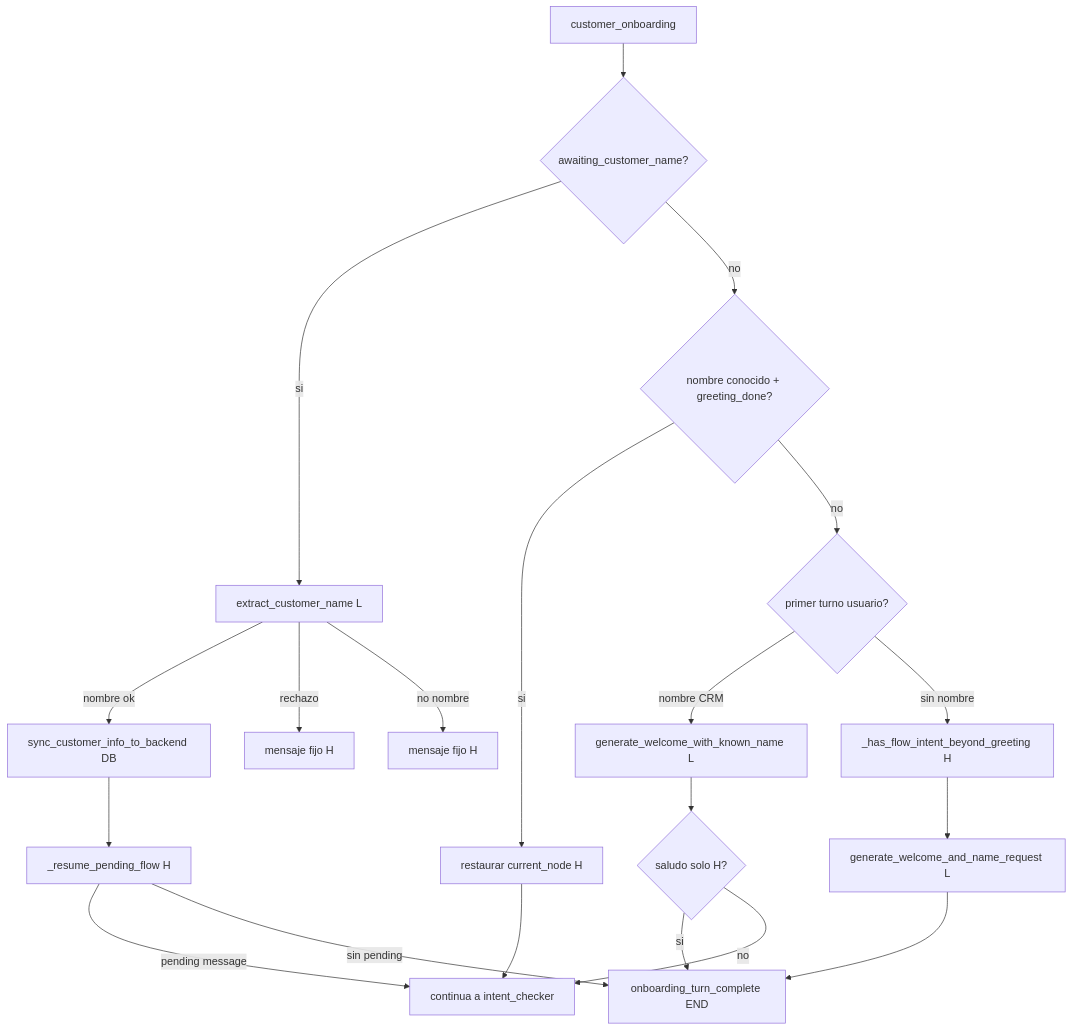
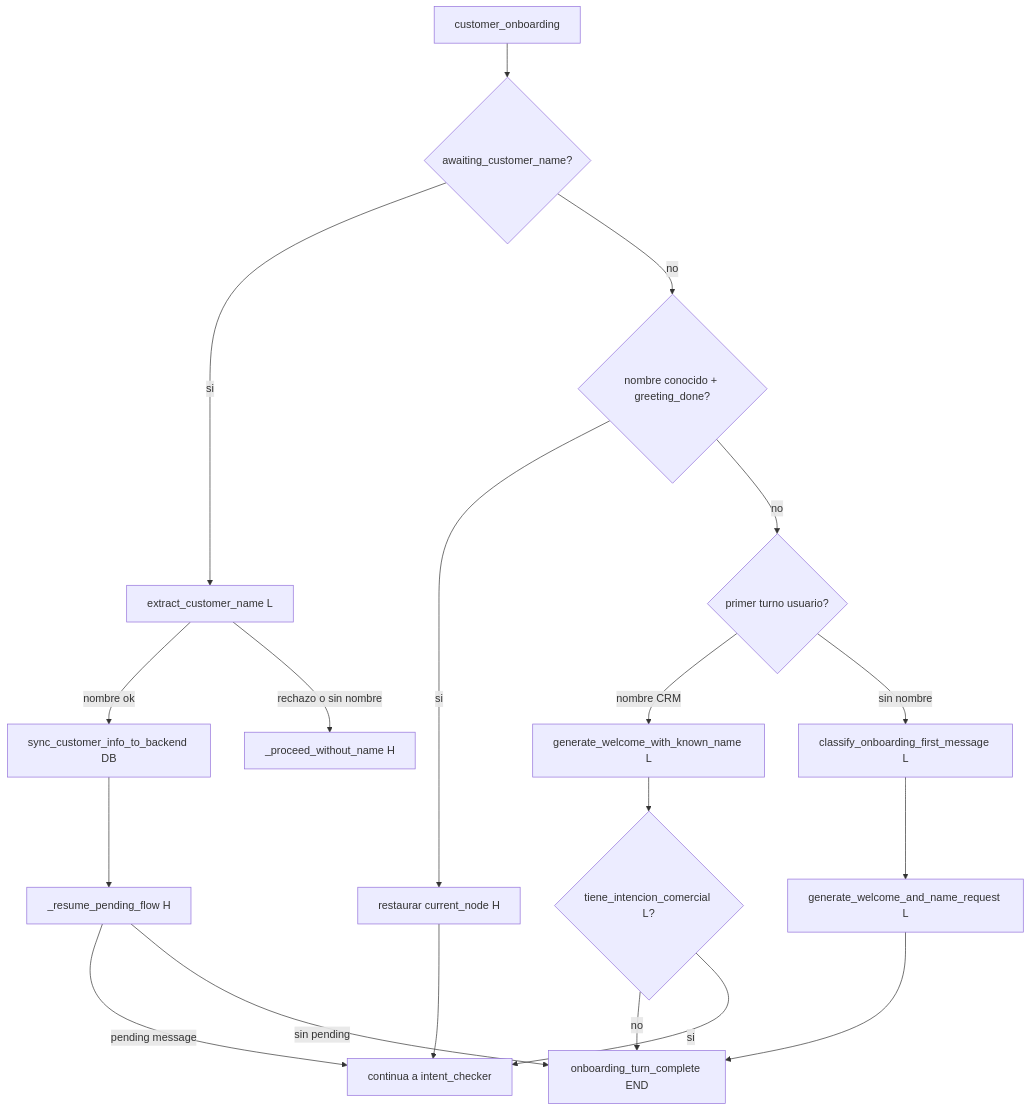
The third of 10 diagrams in bot/docs/flujo-completo.md (JoseManuelGdlO/car-advisor-bot), drawn with Mermaid before and after one commit. The commit also changed other lines of this file and 4 other files, not shown here.

````diff
--- a/bot/docs/flujo-completo.md
+++ b/bot/docs/flujo-completo.md
@@ -113,22 +113,21 @@
 ```mermaid
 flowchart TD
     entry[customer_onboarding] --> awaiting{awaiting_customer_name?}
     awaiting -->|si| extractName["extract_customer_name L"]
     extractName -->|nombre ok| syncDB["sync_customer_info_to_backend DB"]
     syncDB --> resume["_resume_pending_flow H"]
-    extractName -->|rechazo| ackRefuse["mensaje fijo H"]
-    extractName -->|no nombre| reask["mensaje fijo H"]
+    extractName -->|rechazo o sin nombre| proceedWithoutName["_proceed_without_name H"]
     awaiting -->|no| knownName{nombre conocido + greeting_done?}
     knownName -->|si| passthrough["restaurar current_node H"]
     knownName -->|no| firstTurn{primer turno usuario?}
     firstTurn -->|nombre CRM| welcomeKnown["generate_welcome_with_known_name L"]
-    firstTurn -->|sin nombre| savePending["_has_flow_intent_beyond_greeting H"]
+    firstTurn -->|sin nombre| savePending["classify_onboarding_first_message L"]
     savePending --> welcomeAsk["generate_welcome_and_name_request L"]
-    welcomeKnown --> greetingOnly{saludo solo H?}
-    greetingOnly -->|si| endTurn[onboarding_turn_complete END]
-    greetingOnly -->|no| continueFlow[continua a intent_checker]
+    welcomeKnown --> commercialIntent{tiene_intencion_comercial L?}
+    commercialIntent -->|no| endTurn[onboarding_turn_complete END]
+    commercialIntent -->|si| continueFlow[continua a intent_checker]
     welcomeAsk --> endTurn
     resume -->|pending message| continueFlow
     resume -->|sin pending| endTurn
     passthrough --> continueFlow
 ```
````
